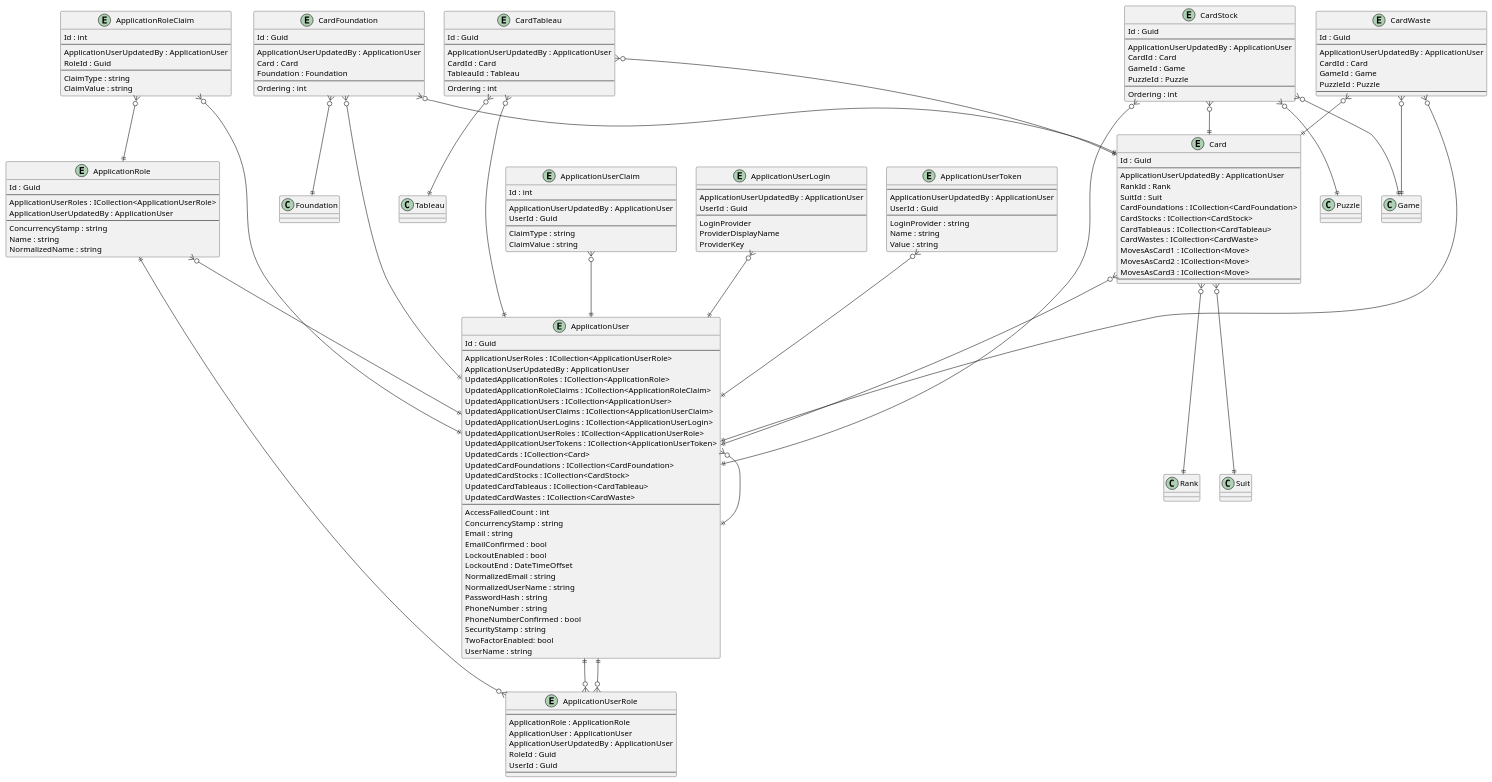
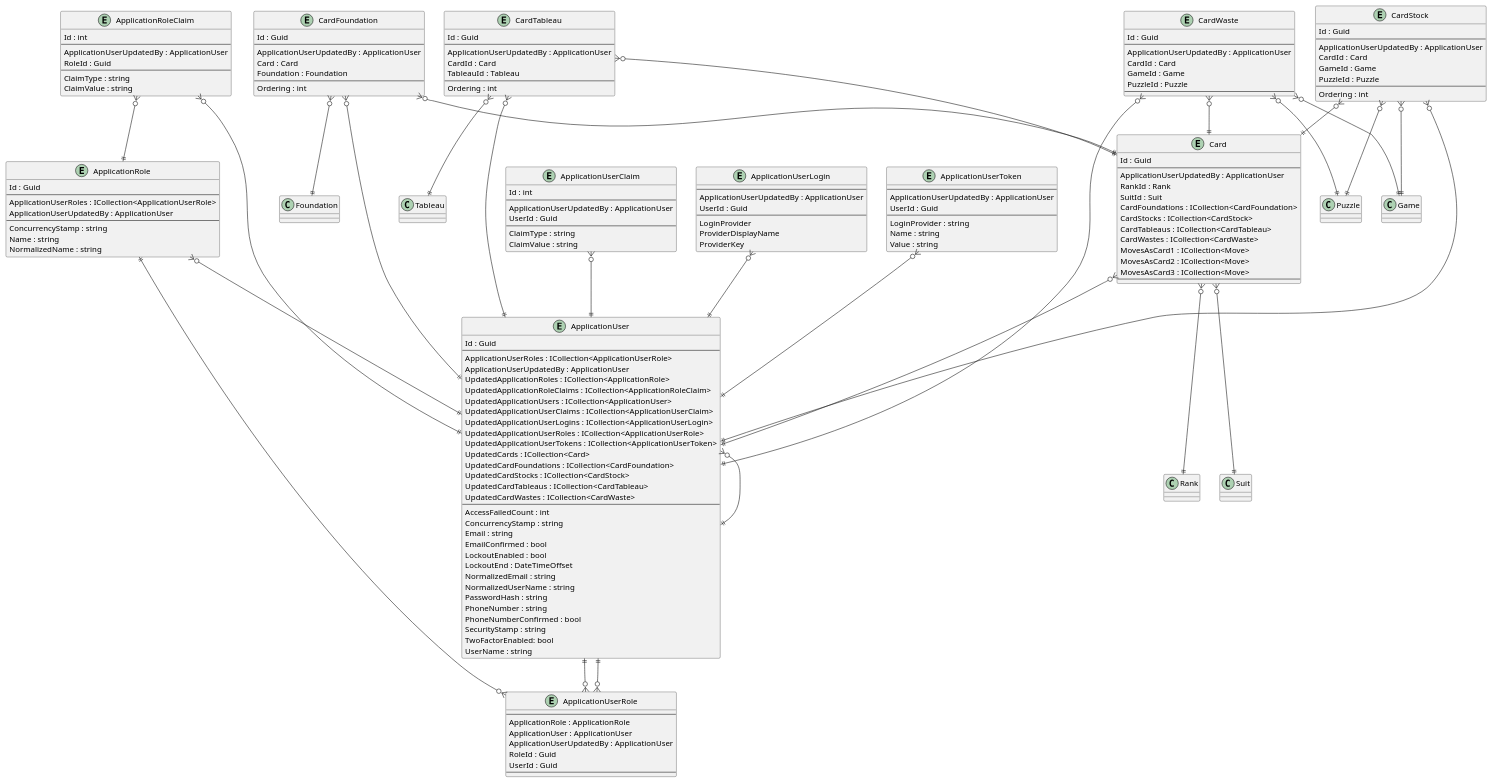
Before and after one commit to intrepion/intrepion_klondike-solitaire_csharp: the diagram in .docs/Intrepion.KlondikeSolitaire.pu, drawn with PlantUML.

```diff
--- a/.docs/Intrepion.KlondikeSolitaire.pu
+++ b/.docs/Intrepion.KlondikeSolitaire.pu
@@ -1,197 +1,198 @@
 @startuml
 
 entity ApplicationRole {
     Id : Guid
     --
     ApplicationUserRoles : ICollection<ApplicationUserRole>
     ApplicationUserUpdatedBy : ApplicationUser
     --
     ConcurrencyStamp : string
     Name : string
     NormalizedName : string
 }
 
 entity ApplicationRoleClaim {
     Id : int
     --
     ApplicationUserUpdatedBy : ApplicationUser
     RoleId : Guid
     --
     ClaimType : string
     ClaimValue : string
 }
 
 entity ApplicationUser {
     Id : Guid
     --
     ApplicationUserRoles : ICollection<ApplicationUserRole>
     ApplicationUserUpdatedBy : ApplicationUser
     UpdatedApplicationRoles : ICollection<ApplicationRole>
     UpdatedApplicationRoleClaims : ICollection<ApplicationRoleClaim>
     UpdatedApplicationUsers : ICollection<ApplicationUser>
     UpdatedApplicationUserClaims : ICollection<ApplicationUserClaim>
     UpdatedApplicationUserLogins : ICollection<ApplicationUserLogin>
     UpdatedApplicationUserRoles : ICollection<ApplicationUserRole>
     UpdatedApplicationUserTokens : ICollection<ApplicationUserToken>
     UpdatedCards : ICollection<Card>
     UpdatedCardFoundations : ICollection<CardFoundation>
     UpdatedCardStocks : ICollection<CardStock>
     UpdatedCardTableaus : ICollection<CardTableau>
     UpdatedCardWastes : ICollection<CardWaste>
     ' ApplicationUserKeyCodePlaceholder
     --
     AccessFailedCount : int
     ConcurrencyStamp : string
     Email : string
     EmailConfirmed : bool
     LockoutEnabled : bool
     LockoutEnd : DateTimeOffset
     NormalizedEmail : string
     NormalizedUserName : string
     PasswordHash : string
     PhoneNumber : string
     PhoneNumberConfirmed : bool
     SecurityStamp : string
     TwoFactorEnabled: bool
     UserName : string
 }
 
 entity ApplicationUserClaim {
     Id : int
     --
     ApplicationUserUpdatedBy : ApplicationUser
     UserId : Guid
     --
     ClaimType : string
     ClaimValue : string
 }
 
 entity ApplicationUserLogin {
     --
     ApplicationUserUpdatedBy : ApplicationUser
     UserId : Guid
     --
     LoginProvider
     ProviderDisplayName
     ProviderKey
 }
 
 entity ApplicationUserRole {
     --
     ApplicationRole : ApplicationRole
     ApplicationUser : ApplicationUser
     ApplicationUserUpdatedBy : ApplicationUser
     RoleId : Guid
     UserId : Guid
     --
 }
 
 entity ApplicationUserToken {
     --
     ApplicationUserUpdatedBy : ApplicationUser
     UserId : Guid
     --
     LoginProvider : string
     Name : string
     Value : string
 }
 
 entity Card {
     Id : Guid
     --
     ApplicationUserUpdatedBy : ApplicationUser
     RankId : Rank
     SuitId : Suit
     CardFoundations : ICollection<CardFoundation>
     CardStocks : ICollection<CardStock>
     CardTableaus : ICollection<CardTableau>
     CardWastes : ICollection<CardWaste>
     MovesAsCard1 : ICollection<Move>
     MovesAsCard2 : ICollection<Move>
     MovesAsCard3 : ICollection<Move>
     ' CardKeyCodePlaceholder
     --
     ' CardPropertyCodePlaceholder
 }
 
 entity CardFoundation {
     Id : Guid
     --
     ApplicationUserUpdatedBy : ApplicationUser
     Card : Card
     Foundation : Foundation
     ' CardFoundationKeyCodePlaceholder
     --
     Ordering : int
     ' CardFoundationPropertyCodePlaceholder
 }
 
 entity CardStock {
     Id : Guid
     --
     ApplicationUserUpdatedBy : ApplicationUser
     CardId : Card
     GameId : Game
     PuzzleId : Puzzle
     ' CardStockKeyCodePlaceholder
     --
     Ordering : int
     ' CardStockPropertyCodePlaceholder
 }
 
 entity CardTableau {
     Id : Guid
     --
     ApplicationUserUpdatedBy : ApplicationUser
     CardId : Card
     TableauId : Tableau
     ' CardTableauKeyCodePlaceholder
     --
     Ordering : int
     ' CardTableauPropertyCodePlaceholder
 }
 
 entity CardWaste {
     Id : Guid
     --
     ApplicationUserUpdatedBy : ApplicationUser
     CardId : Card
     GameId : Game
     PuzzleId : Puzzle
     ' CardWasteKeyCodePlaceholder
     --
     ' CardWastePropertyCodePlaceholder
 }
 
 ' EntityCodePlaceholder
 
 ApplicationRole ||--o{ ApplicationUserRole
 ApplicationRole }o--|| ApplicationUser
 ApplicationRoleClaim }o--|| ApplicationRole
 ApplicationRoleClaim }o--|| ApplicationUser
 ApplicationUser }o--|| ApplicationUser
 ApplicationUser ||--o{ ApplicationUserRole
 ApplicationUserClaim }o--|| ApplicationUser
 ApplicationUserLogin }o--|| ApplicationUser
 ApplicationUserRole }o--|| ApplicationUser
 ApplicationUserToken }o--|| ApplicationUser
 
 Card }o--|| ApplicationUser
 Card }o--|| Rank
 Card }o--|| Suit
 CardFoundation }o--|| ApplicationUser
 CardFoundation }o--|| Card
 CardFoundation }o--|| Foundation
 CardStock }o--|| ApplicationUser
 CardStock }o--|| Card
 CardStock }o--|| Game
 CardStock }o--|| Puzzle
 CardTableau }o--|| ApplicationUser
 CardTableau }o--|| Card
 CardTableau }o--|| Tableau
 CardWaste }o--|| ApplicationUser
 CardWaste }o--|| Card
 CardWaste }o--|| Game
+CardWaste }o--|| Puzzle
 ' RelationshipCodePlaceholder
 
 @enduml
```
